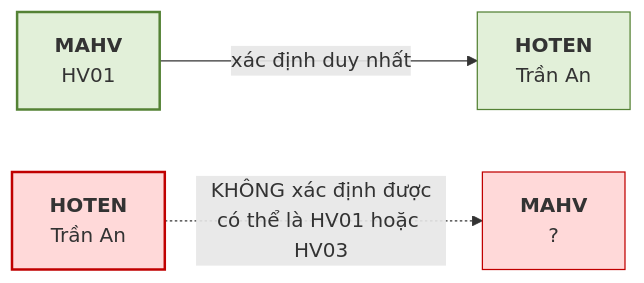
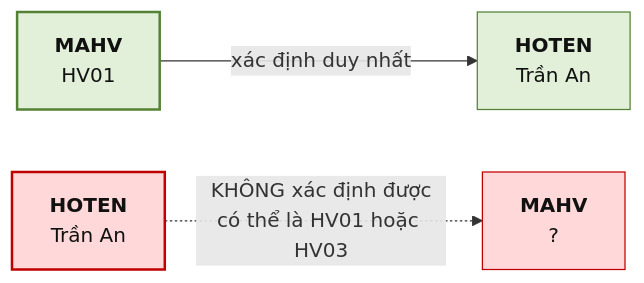
One commit to CuongNguyenDAU/csdl-dbs201 changed the first of 3 diagrams in docs/chuong-3/3-2-phu-thuoc-ham-va-cac-loai-khoa.md. Above: the diagram before and after it, drawn with Mermaid. The commit also changed other lines of this file and 123 other files, not shown here.

Commit message:
Cập nhật bài giảng v7: sơ đồ ER ký pháp Chen, hình minh họa tự vẽ, mở rộng toàn diện Chương 5 và bổ sung lời giải A4, B5

````diff
--- a/docs/chuong-3/3-2-phu-thuoc-ham-va-cac-loai-khoa.md
+++ b/docs/chuong-3/3-2-phu-thuoc-ham-va-cac-loai-khoa.md
@@ -56,9 +56,9 @@
 ```mermaid
 flowchart LR
     A["<b>MAHV</b><br/>HV01"] -->|"xác định duy nhất"| B["<b>HOTEN</b><br/>Trần An"]
     C["<b>HOTEN</b><br/>Trần An"] -.->|"KHÔNG xác định được<br/>có thể là HV01 hoặc HV03"| D["<b>MAHV</b><br/>?"]
-    style A fill:#E2F0D9,stroke:#548235,stroke-width:2px
-    style B fill:#E2F0D9,stroke:#548235
-    style C fill:#FFD9D9,stroke:#C00000,stroke-width:2px
-    style D fill:#FFD9D9,stroke:#C00000
+    style A fill:#E2F0D9,stroke:#548235,stroke-width:2px,color:#111111
+    style B fill:#E2F0D9,stroke:#548235,color:#111111
+    style C fill:#FFD9D9,stroke:#C00000,stroke-width:2px,color:#111111
+    style D fill:#FFD9D9,stroke:#C00000,color:#111111
 ```
````
